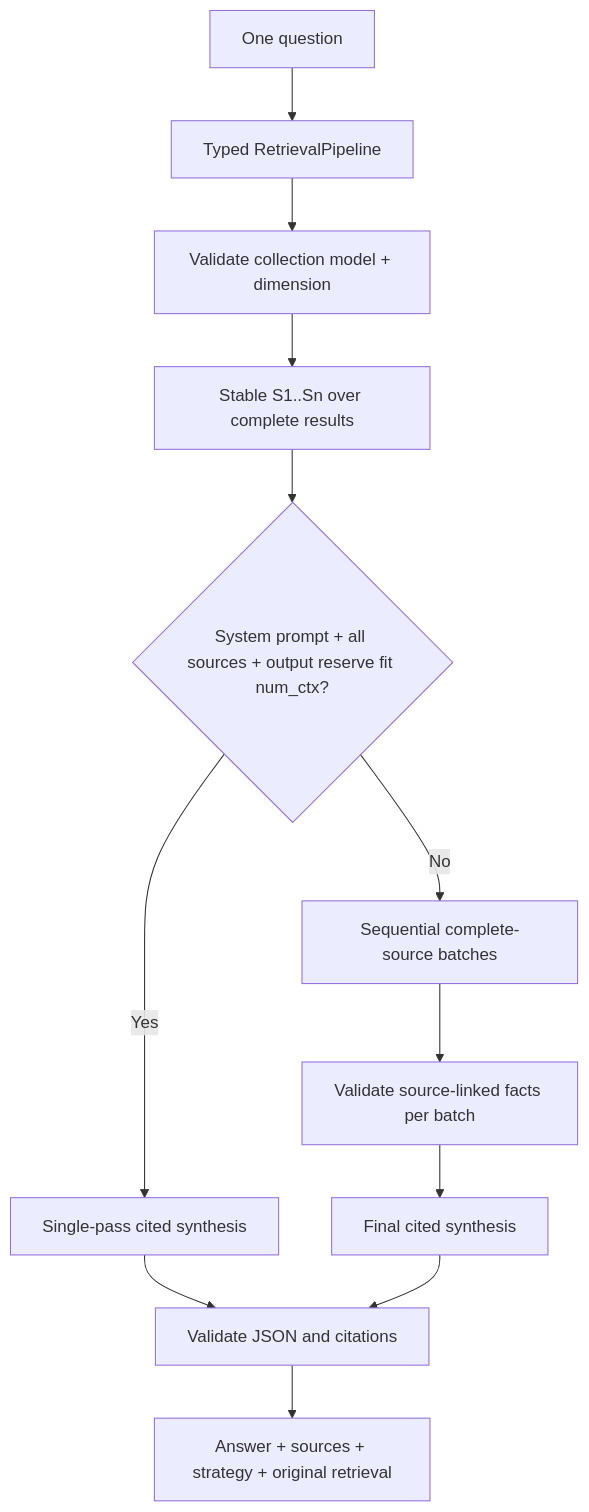
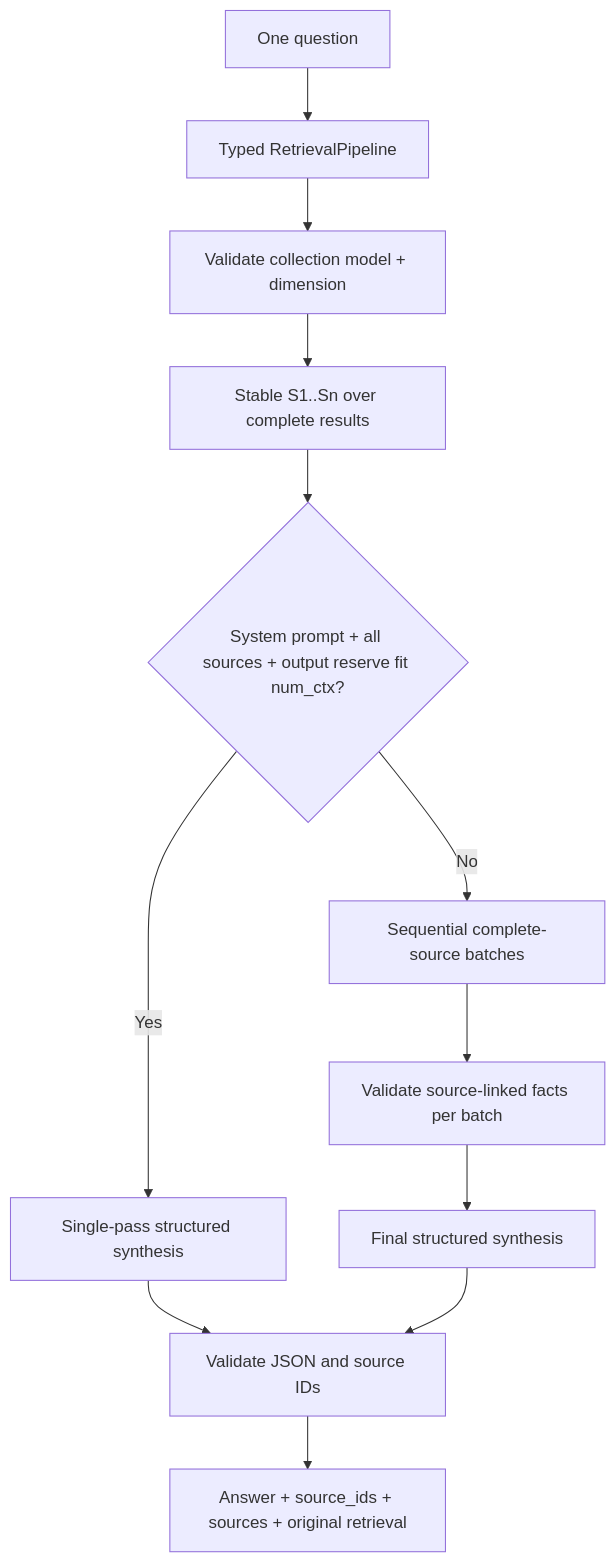
Before and after one commit to FranRguezCer/RAGLab: the fifth of 5 diagrams in README.md, drawn with Mermaid. The commit also changed other lines of this file and 8 other files, not shown here.

Commit message:
fix(generation): structure cited source ids

````diff
--- a/README.md
+++ b/README.md
@@ -527,14 +538,14 @@
 ```mermaid
 flowchart TD
     QUERY["One question"] --> RETRIEVE["Typed RetrievalPipeline"]
     RETRIEVE --> CHECK["Validate collection model + dimension"]
     CHECK --> SOURCES["Stable S1..Sn over complete results"]
     SOURCES --> FIT{"System prompt + all sources + output reserve fit num_ctx?"}
-    FIT -->|Yes| SINGLE["Single-pass cited synthesis"]
+    FIT -->|Yes| SINGLE["Single-pass structured synthesis"]
     FIT -->|No| BATCH["Sequential complete-source batches"]
     BATCH --> FACTS["Validate source-linked facts per batch"]
-    FACTS --> SYNTH["Final cited synthesis"]
-    SINGLE --> GUARD["Validate JSON and citations"]
+    FACTS --> SYNTH["Final structured synthesis"]
+    SINGLE --> GUARD["Validate JSON and source IDs"]
     SYNTH --> GUARD
-    GUARD --> JSON["Answer + sources + strategy + original retrieval"]
+    GUARD --> JSON["Answer + source_ids + sources + original retrieval"]
 ```
````
